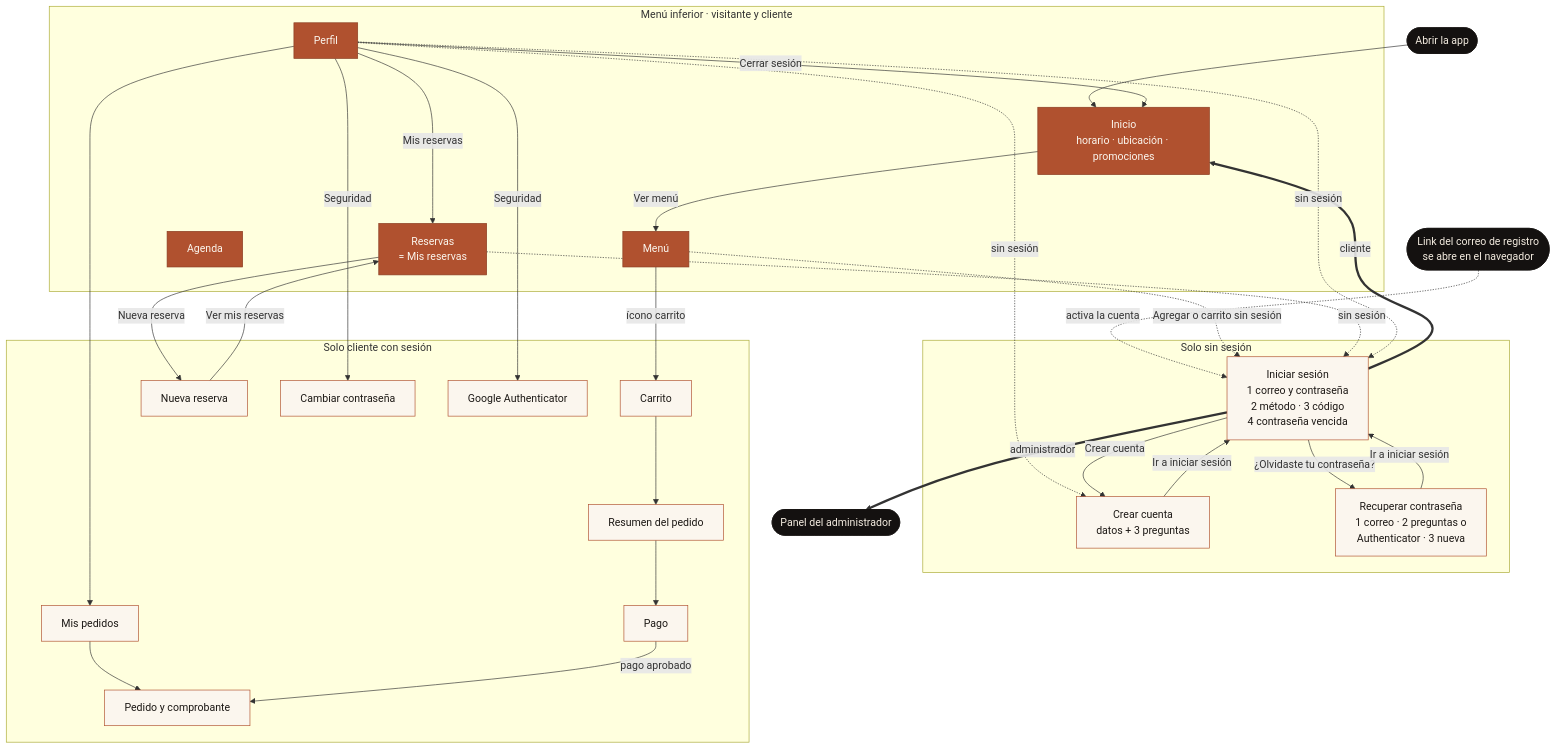
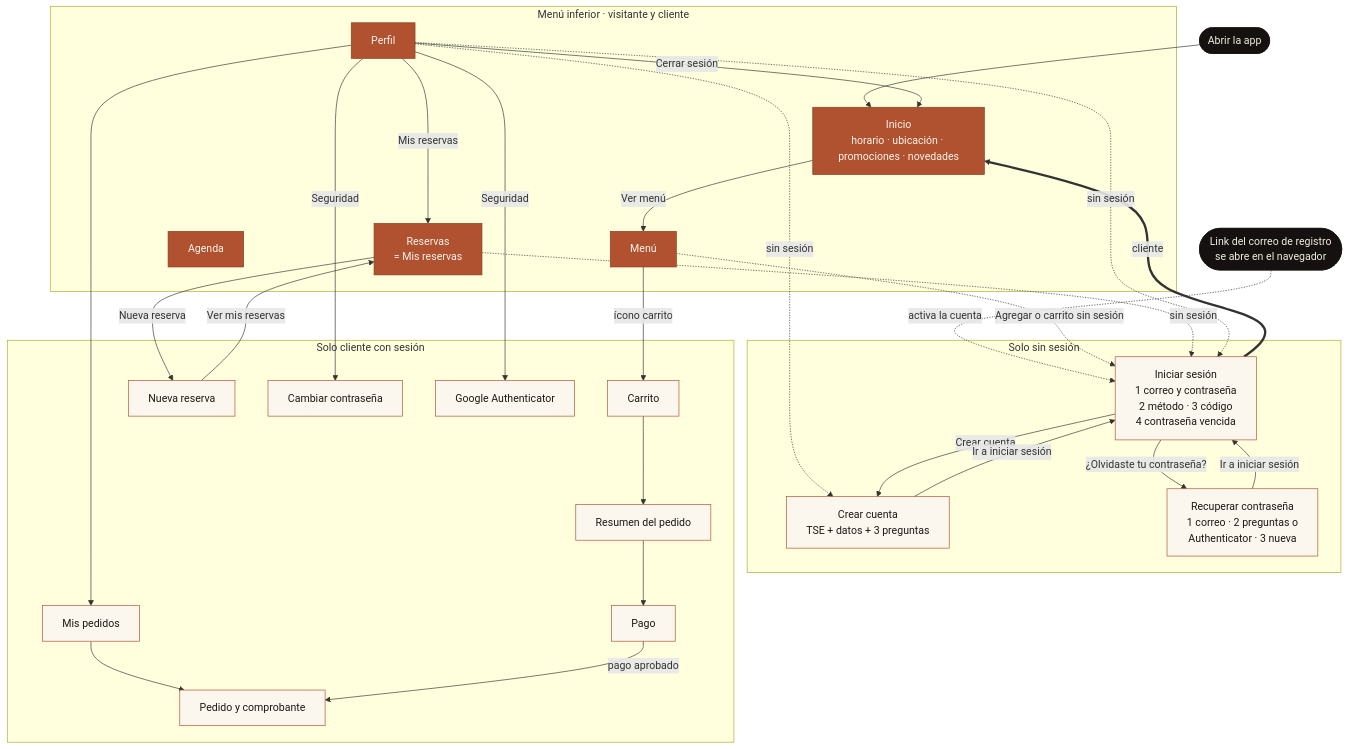
The diagram in README.md (JPablo-HM/Al_Forno), drawn with Mermaid before and after one commit. The commit also changed other lines of this file, not shown here.

````diff
--- a/README.md
+++ b/README.md
@@ -245,54 +338,53 @@
 ```mermaid
 flowchart TD
   ABRIR([Abrir la app]) --> INICIO
   CORREO([Link del correo de registro<br/>se abre en el navegador]) -. activa la cuenta .-> LOGIN
 
   subgraph TABS["Menú inferior · visitante y cliente"]
-    INICIO[Inicio<br/>horario · ubicación · promociones]
+    INICIO[Inicio<br/>horario · ubicación · promociones · novedades]
     MENU[Menú]
     AGENDA[Agenda]
     RESERVAS[Reservas<br/>= Mis reservas]
     PERFIL[Perfil]
   end
 
   subgraph SIN["Solo sin sesión"]
     LOGIN[Iniciar sesión<br/>1 correo y contraseña<br/>2 método · 3 código<br/>4 contraseña vencida]
-    REGISTRO[Crear cuenta<br/>datos + 3 preguntas]
+    REGISTRO[Crear cuenta<br/>TSE + datos + 3 preguntas]
     RECUPERAR[Recuperar contraseña<br/>1 correo · 2 preguntas o<br/>Authenticator · 3 nueva]
   end
 
   subgraph CLI["Solo cliente con sesión"]
     CARRITO[Carrito] --> RESUMEN[Resumen del pedido] --> PAGO[Pago]
     MISPED[Mis pedidos] --> PEDIDO[Pedido y comprobante]
     NUEVA[Nueva reserva]
     CAMBIAR[Cambiar contraseña]
     AUTH[Google Authenticator]
   end
 
   INICIO -- Ver menú --> MENU
   MENU -- ícono carrito --> CARRITO
   MENU -. Agregar o carrito sin sesión .-> LOGIN
   PAGO -- pago aprobado --> PEDIDO
   RESERVAS -- Nueva reserva --> NUEVA
   NUEVA -- Ver mis reservas --> RESERVAS
   RESERVAS -. sin sesión .-> LOGIN
   PERFIL -. sin sesión .-> LOGIN
   PERFIL -. sin sesión .-> REGISTRO
   PERFIL --> MISPED
   PERFIL -- Mis reservas --> RESERVAS
   PERFIL -- Seguridad --> CAMBIAR
   PERFIL -- Seguridad --> AUTH
   PERFIL -- Cerrar sesión --> INICIO
   LOGIN -- ¿Olvidaste tu contraseña? --> RECUPERAR
   LOGIN -- Crear cuenta --> REGISTRO
   REGISTRO -- Ir a iniciar sesión --> LOGIN
   RECUPERAR -- Ir a iniciar sesión --> LOGIN
   LOGIN == cliente ==> INICIO
-  LOGIN == administrador ==> ADMIN([Panel del administrador])
   classDef pestana fill:#b0512f,stroke:#8a3c21,color:#fbf6ee
   classDef pantalla fill:#fbf6ee,stroke:#b0512f,color:#1c1815
   classDef externo fill:#141110,stroke:#141110,color:#f4ece0
   class INICIO,MENU,AGENDA,RESERVAS,PERFIL pestana
   class LOGIN,REGISTRO,RECUPERAR,CARRITO,RESUMEN,PAGO,MISPED,PEDIDO,NUEVA,CAMBIAR,AUTH pantalla
-  class ABRIR,CORREO,ADMIN externo
+  class ABRIR,CORREO externo
 ```
````
